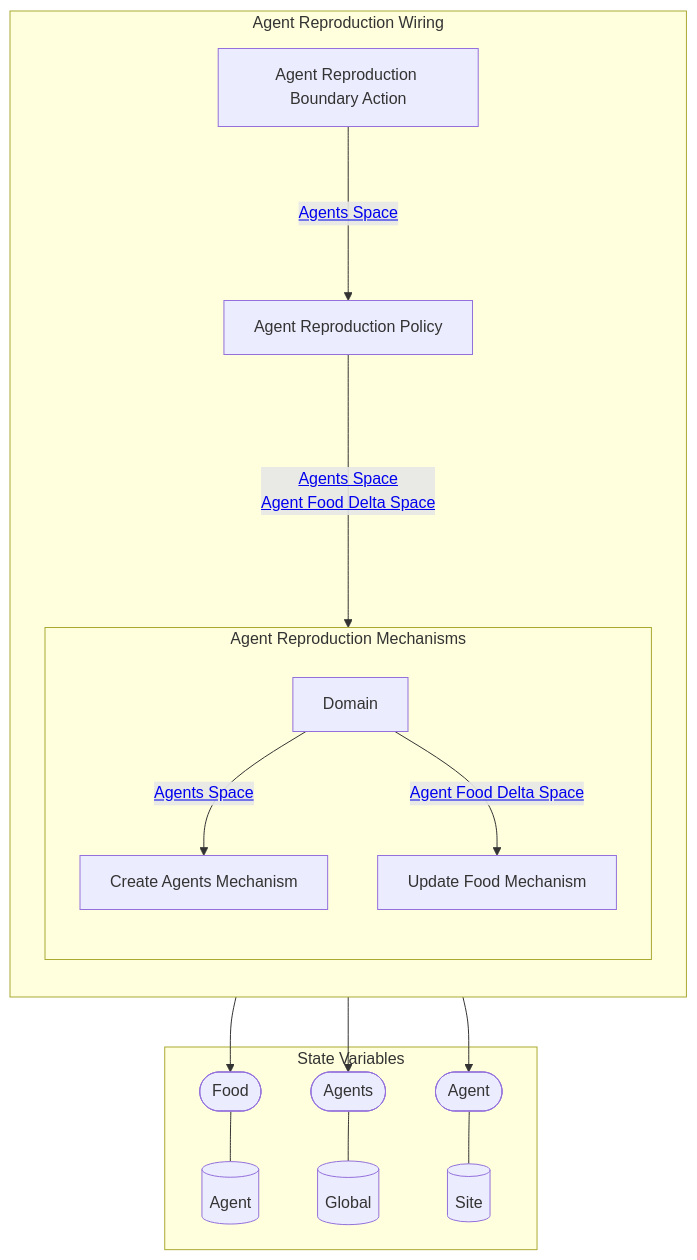
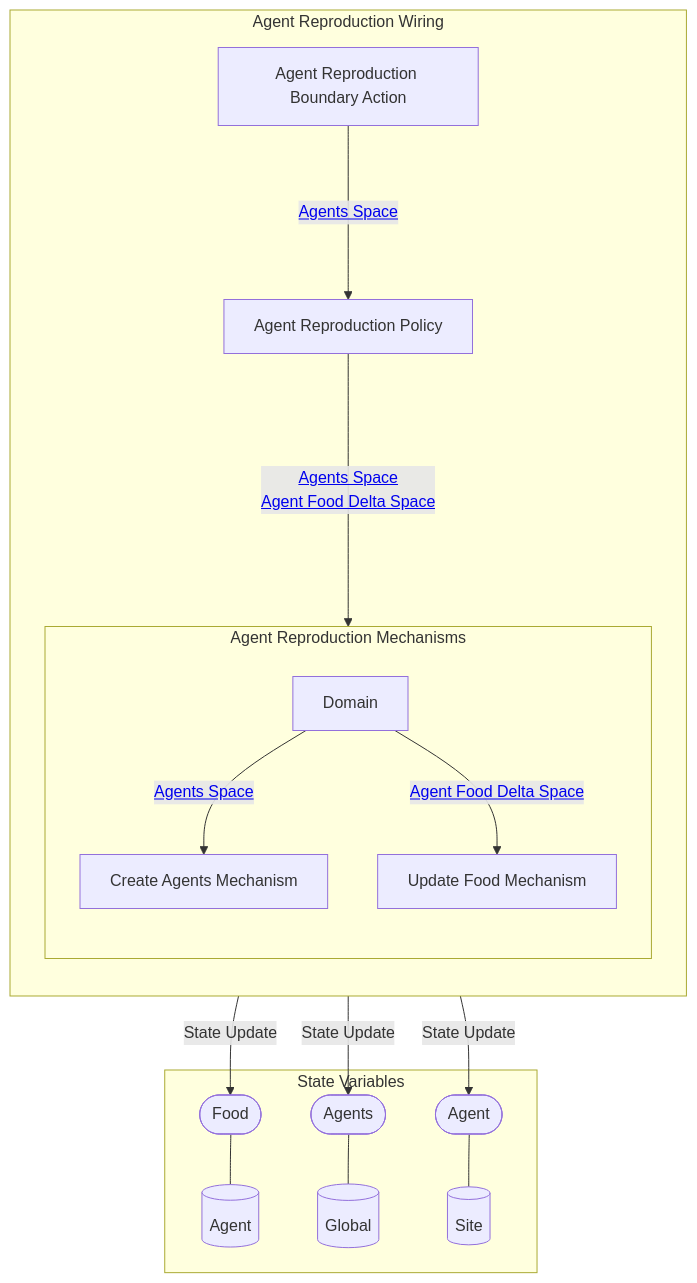
Before and after one commit to BlockScience/Predator-Prey-MSML: the second of 2 diagrams in reports/obsidian/Wiring/Agent Reproduction Wiring.md, drawn with Mermaid. The commit also changed other lines of this file and 35 other files, not shown here.

````diff
--- a/reports/obsidian/Wiring/Agent Reproduction Wiring.md
+++ b/reports/obsidian/Wiring/Agent Reproduction Wiring.md
@@ -42,47 +42,47 @@
 ```mermaid
 graph TB
 
 subgraph SVS["State Variables"]
 EE0[("Agent")]
 EE1[("Global")]
 EE2[("Site")]
 EES0(["Food"])
 EES0 --- EE0
 EES1(["Agents"])
 EES1 --- EE1
 EES2(["Agent"])
 EES2 --- EE2
 end
 
 subgraph X8["Agent Reproduction Wiring"]
 direction TB
 X1["Agent Reproduction Boundary Action"]
 X2["Agent Reproduction Policy"]
 subgraph X7["Agent Reproduction Mechanisms"]
 direction TB
 X3["Create Agents Mechanism"]
-X3 --> EES1
-X3 --> EES2
+X3 --"State Update"--> EES1
+X3 --"State Update"--> EES2
 X4["Update Food Mechanism"]
-X4 --> EES0
+X4 --"State Update"--> EES0
 X5[Domain]
 
 direction LR
 direction TB
 X5 --"<a href='Agents Space' class=internal-link>Agents Space</a>"--> X3
 X5 --"<a href='Agent Food Delta Space' class=internal-link>Agent Food Delta Space</a>"--> X4
 end
 X1--"<a href='Agents Space' class=internal-link>Agents Space</a>"--->X2
 X2--"<a href='Agents Space' class=internal-link>Agents Space</a>
 <a href='Agent Food Delta Space' class=internal-link>Agent Food Delta Space</a>"---->X7
 end
 class X1 internal-link;
 class X2 internal-link;
 class X3 internal-link;
 class X4 internal-link;
 class X6 internal-link;
 class EE0 internal-link;
 class EE1 internal-link;
 class EE2 internal-link;
 
 ```
````
